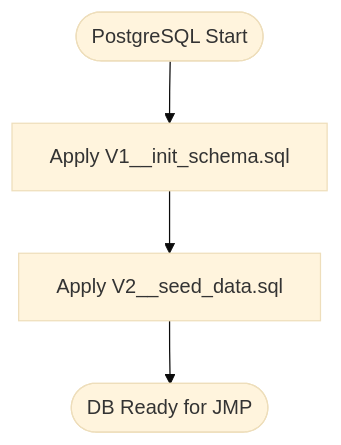
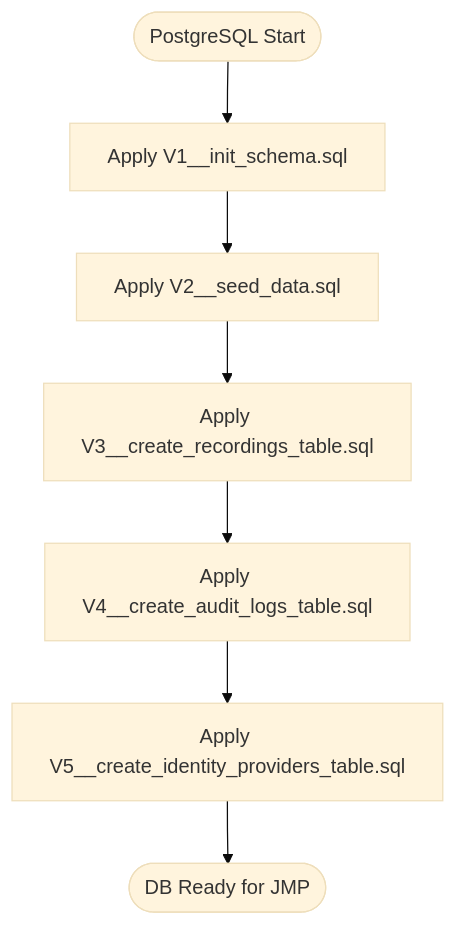
The fifth of 7 diagrams in .qoder/repowiki/en/content/Deployment and DevOps/Deployment and DevOps.md (Vostrikov2014/vks-qoder), drawn with Mermaid (base theme) before and after one commit. The commit also changed other lines of this file and 9 other files, not shown here.

````diff
--- a/.qoder/repowiki/en/content/Deployment and DevOps/Deployment and DevOps.md
+++ b/.qoder/repowiki/en/content/Deployment and DevOps/Deployment and DevOps.md
@@ -169,6 +215,9 @@
 ```mermaid
 flowchart TD
 DBStart(["PostgreSQL Start"]) --> InitSchema["Apply V1__init_schema.sql"]
 InitSchema --> Seed["Apply V2__seed_data.sql"]
-Seed --> Ready(["DB Ready for JMP"])
+Seed --> Recordings["Apply V3__create_recordings_table.sql"]
+Recordings --> AuditLogs["Apply V4__create_audit_logs_table.sql"]
+AuditLogs --> IdentityProviders["Apply V5__create_identity_providers_table.sql"]
+IdentityProviders --> Ready(["DB Ready for JMP"])
 ```
````
